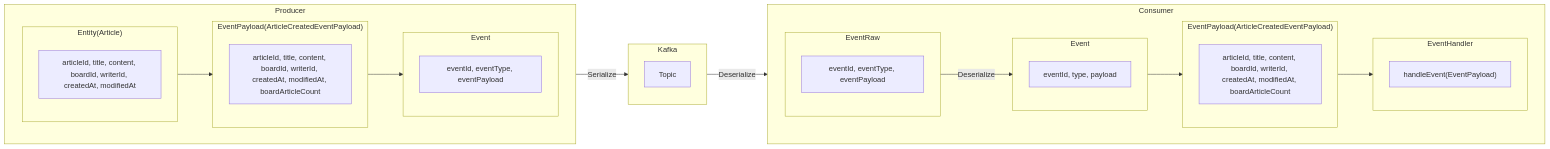
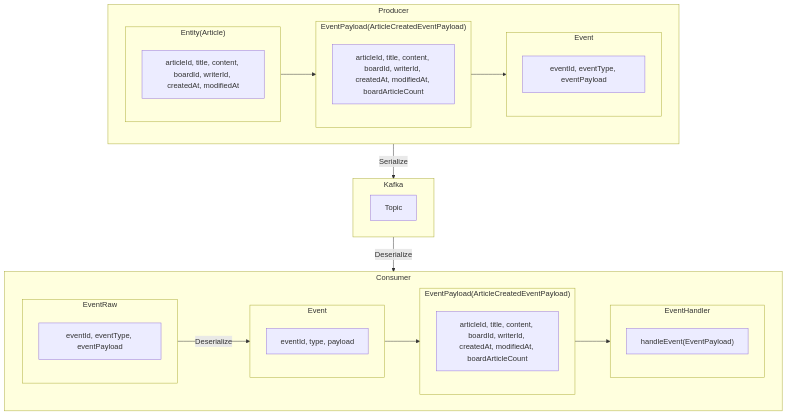
Before and after one commit to 5-SH/5-sh.github.io-deprecated: the second of 6 diagrams in _posts/2025-03-23-traffic-board-architecture-2.md, drawn with Mermaid.

Commit message:
다이어그램 수정

```diff
--- a/_posts/2025-03-23-traffic-board-architecture-2.md
+++ b/_posts/2025-03-23-traffic-board-architecture-2.md
@@ -85,49 +85,49 @@
 <div class="mermaid">
-graph LR
+graph TD
     subgraph Producer[Producer]
         direction LR
         subgraph Entity ["Entity(Article)"]
             desc1["articleId, title, content, boardId, writerId, createdAt, modifiedAt"]
         end
 
         subgraph EventPayload_Producer ["EventPayload(ArticleCreatedEventPayload)"]
             desc2["articleId, title, content, boardId, writerId, createdAt, modifiedAt, boardArticleCount"]
         end
 
         subgraph Event_Producer [Event]
             desc3["eventId, eventType, eventPayload"]
         end
     end
 
     subgraph Kafka[Kafka]
         Topic[Topic]
     end
 
     subgraph Consumer[Consumer]
         direction LR
         subgraph EventRaw [EventRaw]
             desc4["eventId, eventType, eventPayload"]
         end
 
         subgraph Event_Consumer [Event]
             desc5["eventId, type, payload"]
         end
 
         subgraph EventPayload_Consumer ["EventPayload(ArticleCreatedEventPayload)"]
             desc6["articleId, title, content, boardId, writerId, createdAt, modifiedAt, boardArticleCount"]
         end
 
         subgraph EventHandler [EventHandler]
             desc7["handleEvent(EventPayload)"]
         end
     end
 
     Entity --> EventPayload_Producer
     EventPayload_Producer --> Event_Producer
     Event_Producer -->|Serialize| Kafka
     Kafka -->|Deserialize| EventRaw
     EventRaw -->|Deserialize| Event_Consumer
     Event_Consumer --> EventPayload_Consumer
     EventPayload_Consumer --> EventHandler
     
 </div>
```
